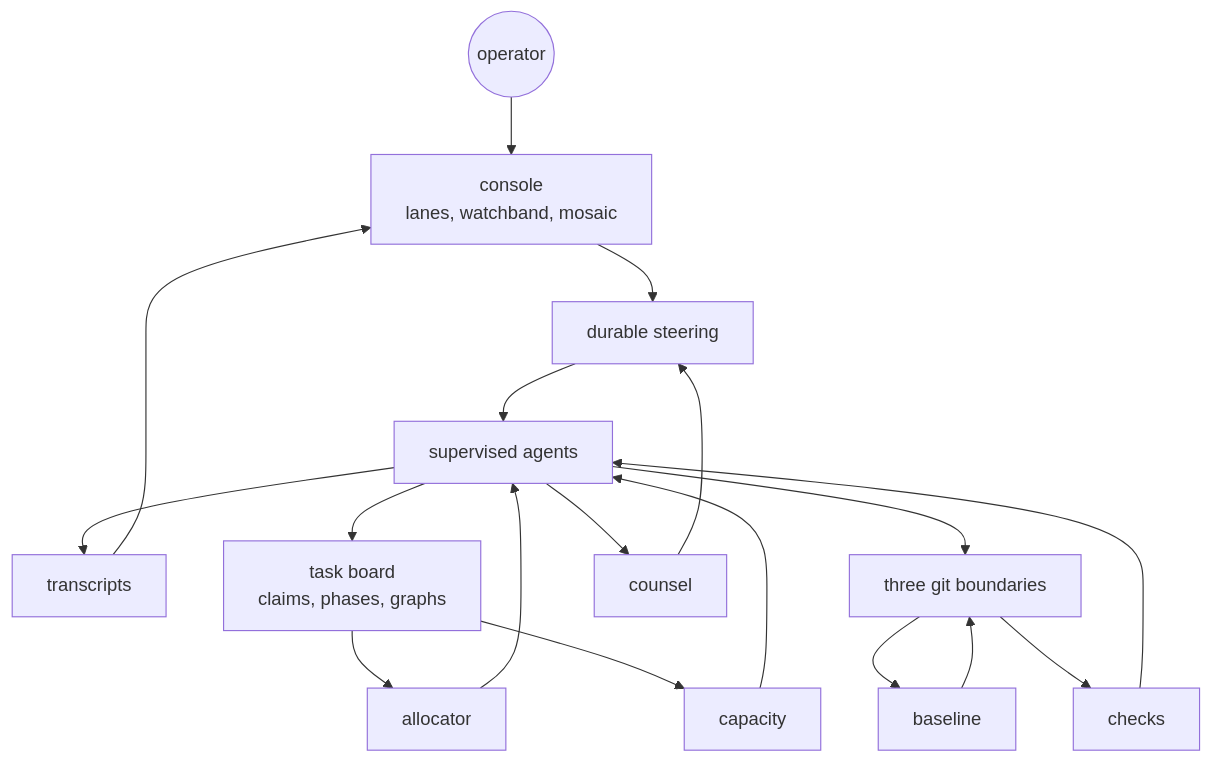
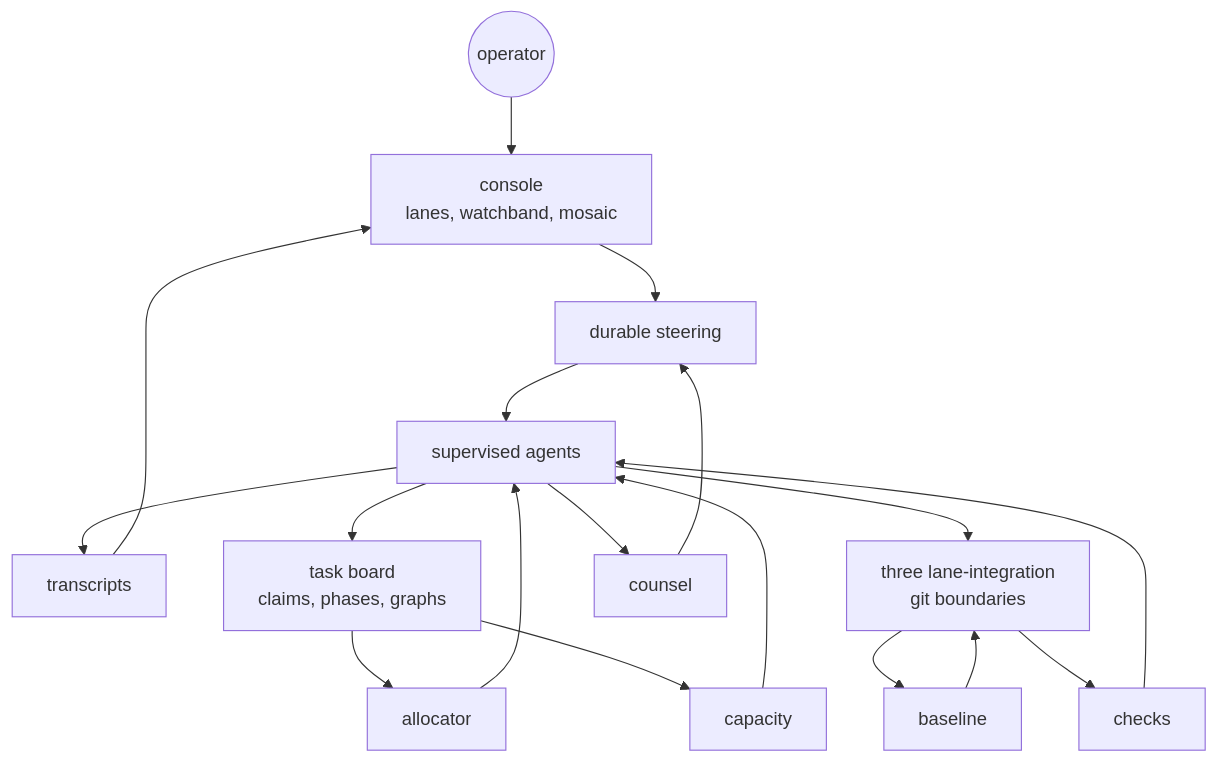
One commit to infimalabs/spice-rust changed diagram 13 of 13 in docs/product/interfaces.md. Above: the diagram before and after it, drawn with Mermaid. The commit also changed other lines of this file and 120 other files, not shown here.

````diff
--- a/docs/product/interfaces.md
+++ b/docs/product/interfaces.md
@@ -356,20 +362,20 @@
 ```mermaid
 flowchart TD
   OP(("operator")) --> CON["console<br/>lanes, watchband, mosaic"]
   CON --> STEER["durable steering"]
   STEER --> AG["supervised agents"]
   AG --> TR["transcripts"]
   TR --> CON
   AG --> BOARD["task board<br/>claims, phases, graphs"]
   BOARD --> ALLOC["allocator"]
   ALLOC --> AG
-  AG --> GIT["three git boundaries"]
+  AG --> GIT["three lane-integration<br/>git boundaries"]
   GIT --> BASE["baseline"]
   BASE --> GIT
   AG --> CONS["counsel"]
   CONS --> STEER
   GIT --> GATE["checks"]
   GATE --> AG
   BOARD --> WAKE["capacity"]
   WAKE --> AG
 ```
````
